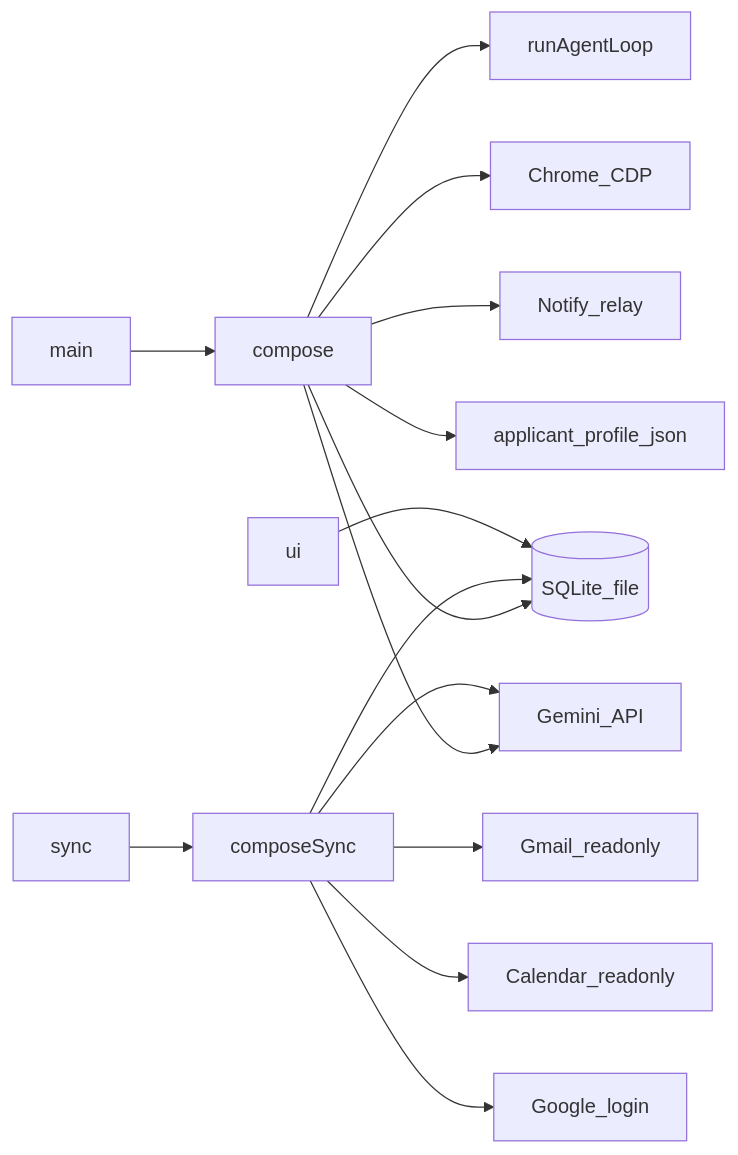
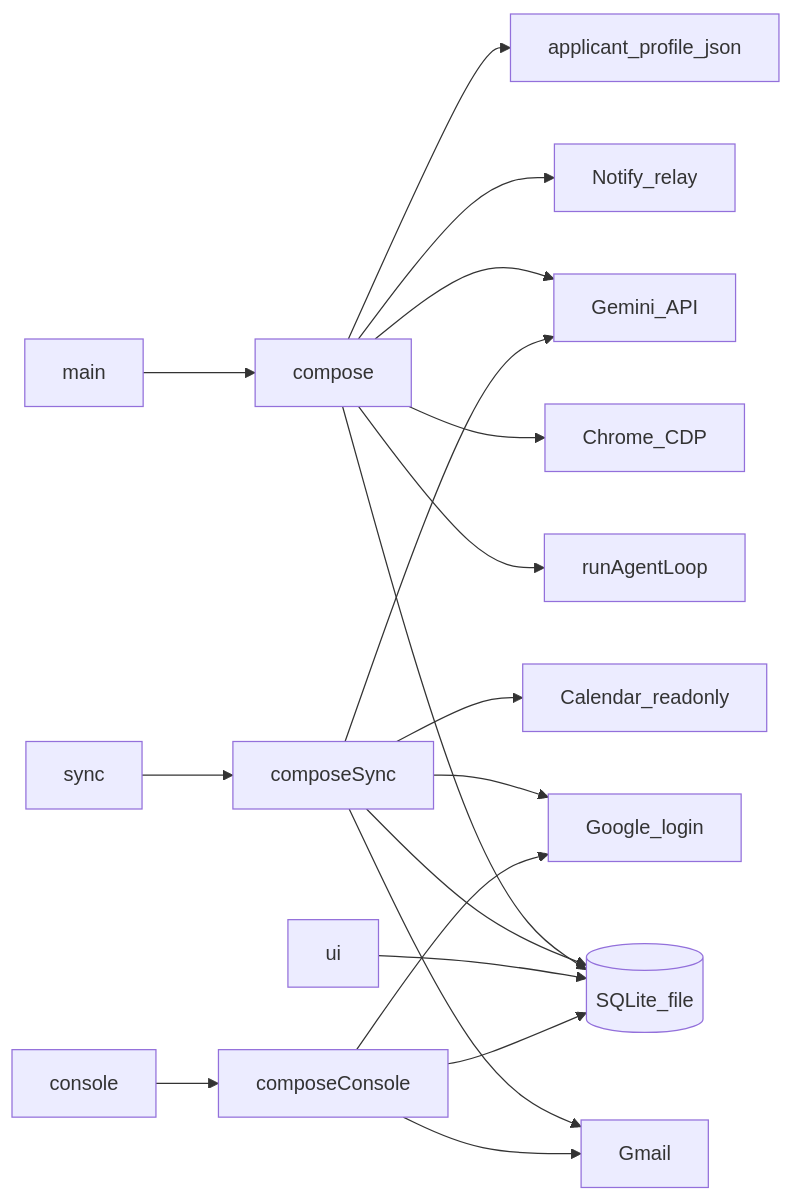
Before and after one commit to shinnenkara/wohn-agent: the first of 2 diagrams in docs/architecture.md, drawn with Mermaid. The commit also changed other lines of this file and 37 other files, not shown here.

````diff
--- a/docs/architecture.md
+++ b/docs/architecture.md
@@ -9,32 +9,38 @@
 ```mermaid
 flowchart LR
   main[main]
   compose[compose]
   loop[runAgentLoop]
   syncMain[sync]
   composeSync[composeSync]
   ui[ui]
+  consoleMain[console]
+  composeConsole[composeConsole]
   chrome[Chrome_CDP]
   sqlite[(SQLite_file)]
   gemini[Gemini_API]
-  gmail[Gmail_readonly]
+  gmail[Gmail]
   calendar[Calendar_readonly]
   googleLogin[Google_login]
   relay[Notify_relay]
   profile[applicant_profile_json]
 
   main --> compose
   compose --> loop
   compose --> chrome
   compose --> sqlite
   compose --> gemini
   compose --> relay
   compose --> profile
   syncMain --> composeSync
   composeSync --> sqlite
   composeSync --> gmail
   composeSync --> calendar
   composeSync --> googleLogin
   composeSync --> gemini
   ui --> sqlite
+  consoleMain --> composeConsole
+  composeConsole --> sqlite
+  composeConsole --> gmail
+  composeConsole --> googleLogin
 ```
````
